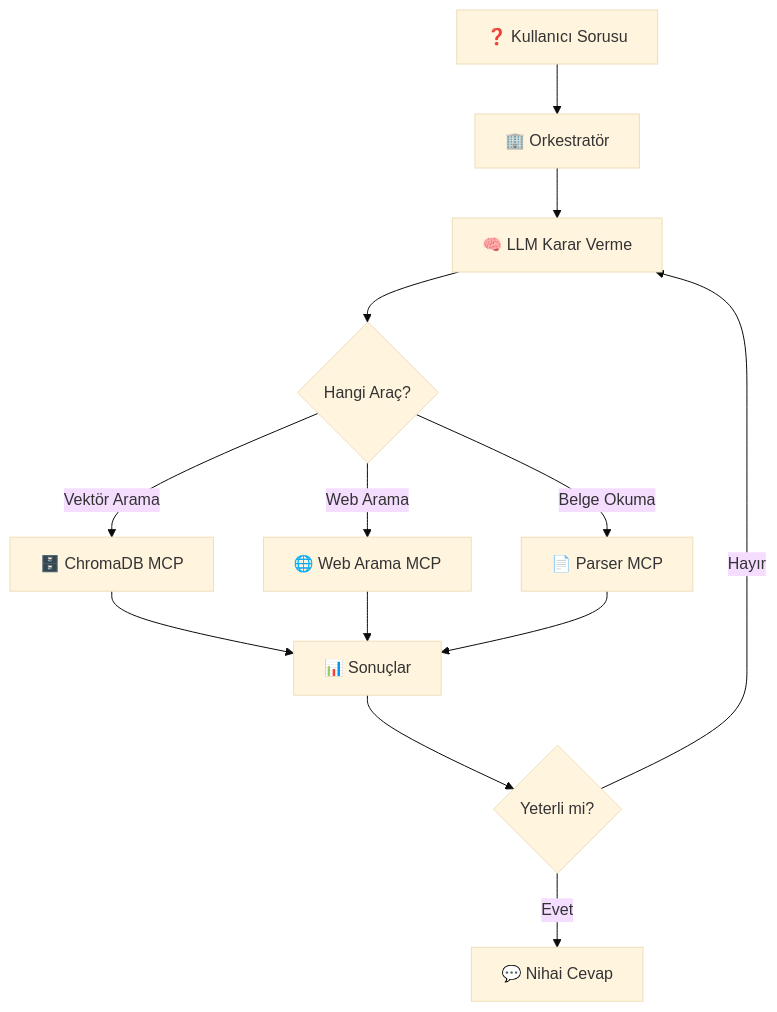
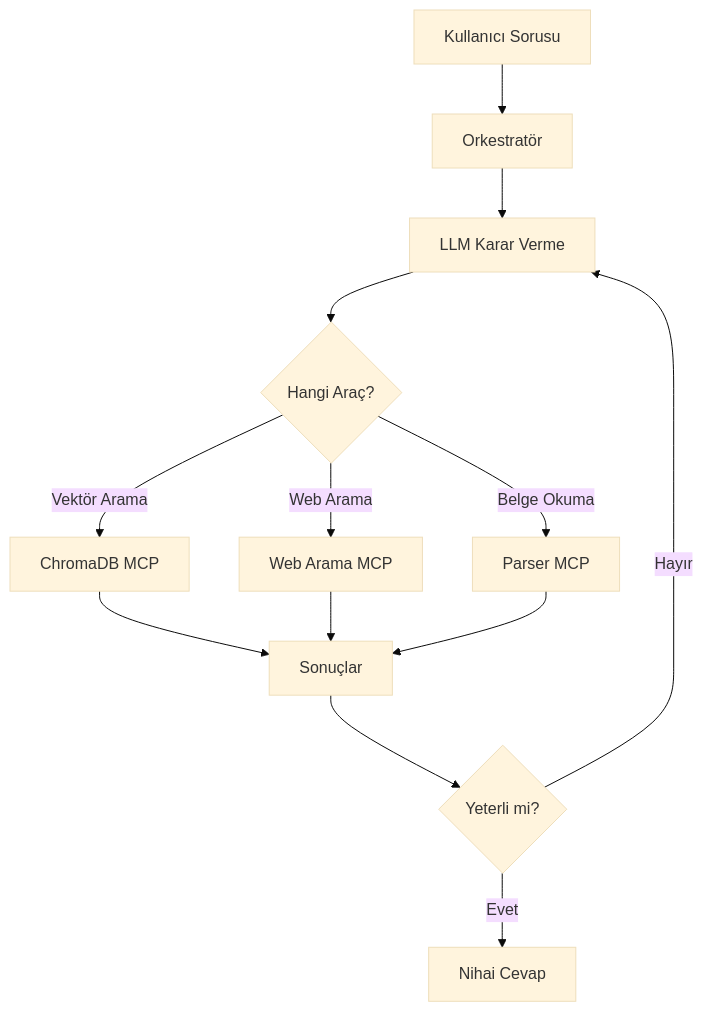
The diagram in Agentic-RAG/README_tr.md (ahmet-ozel/rag-master-class), drawn with Mermaid (base theme) before and after one commit. The commit also changed other lines of this file and 11 other files, not shown here.

````diff
--- a/Agentic-RAG/README_tr.md
+++ b/Agentic-RAG/README_tr.md
@@ -3,15 +3,15 @@
 ```mermaid
 graph TD
-    A[❓ Kullanıcı Sorusu] --> B[🏢 Orkestratör]
-    B --> C[🧠 LLM Karar Verme]
+    A[ Kullanıcı Sorusu] --> B[ Orkestratör]
+    B --> C[ LLM Karar Verme]
     C --> D{Hangi Araç?}
-    D -->|Vektör Arama| E[🗄️ ChromaDB MCP]
-    D -->|Web Arama| F[🌐 Web Arama MCP]
-    D -->|Belge Okuma| G[📄 Parser MCP]
-    E --> H[📊 Sonuçlar]
+    D -->|Vektör Arama| E[ ChromaDB MCP]
+    D -->|Web Arama| F[ Web Arama MCP]
+    D -->|Belge Okuma| G[ Parser MCP]
+    E --> H[ Sonuçlar]
     F --> H
     G --> H
     H --> I{Yeterli mi?}
     I -->|Hayır| C
-    I -->|Evet| J[💬 Nihai Cevap]
+    I -->|Evet| J[ Nihai Cevap]
 ```
````
